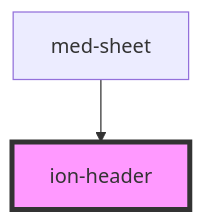
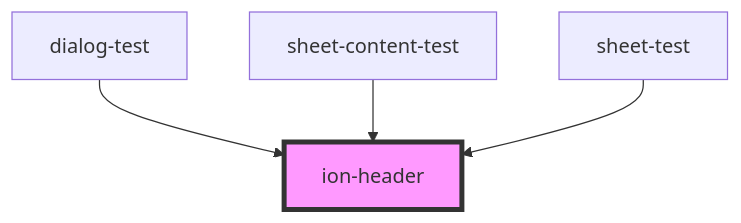
The diagram in core/src/components/header/readme.md (MEDGRUPOGIT/ionic-framework-1), drawn with Mermaid before and after one commit. The commit also changed other lines of this file and 70 other files, not shown here.

````diff
--- a/core/src/components/header/readme.md
+++ b/core/src/components/header/readme.md
@@ -206,5 +208,7 @@
 ```mermaid
 graph TD;
-  med-sheet --> ion-header
+  dialog-test --> ion-header
+  sheet-content-test --> ion-header
+  sheet-test --> ion-header
   style ion-header fill:#f9f,stroke:#333,stroke-width:4px
 ```
````
